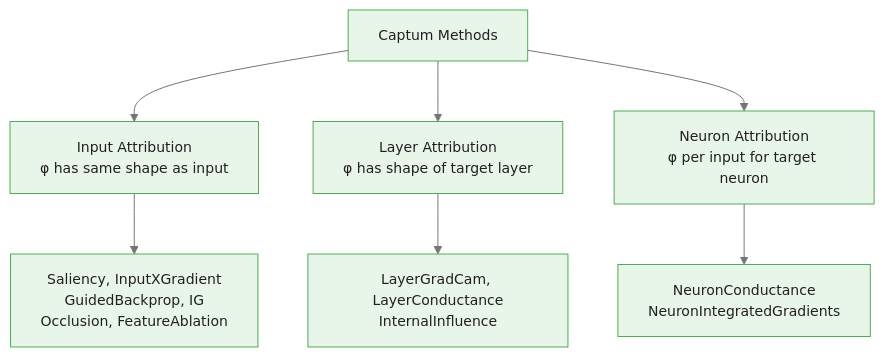
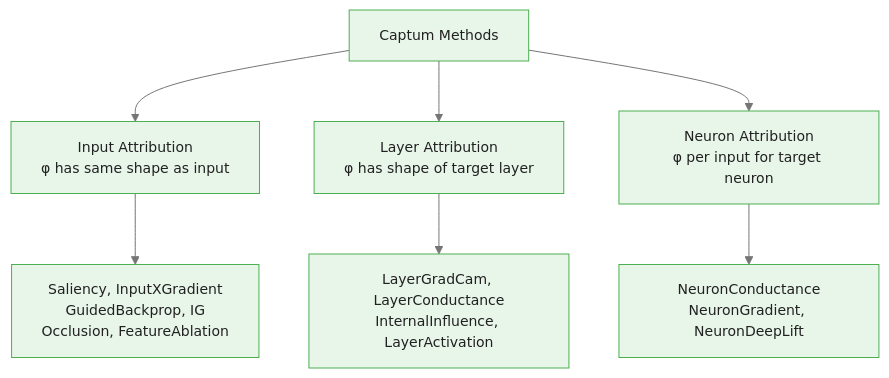
The first of 3 diagrams in courses/captum-neural-network-interpretability/modules/module_00_foundations/guides/03_captum_overview_slides.md (m-deane/course-creator), drawn with Mermaid before and after one commit. The commit also changed 73 other files, not shown here.

````diff
--- a/courses/captum-neural-network-interpretability/modules/module_00_foundations/guides/03_captum_overview_slides.md
+++ b/courses/captum-neural-network-interpretability/modules/module_00_foundations/guides/03_captum_overview_slides.md
@@ -102,11 +102,11 @@
 ```mermaid
 %%{init: {"theme": "base", "themeVariables": {"primaryColor": "#e8f5e9", "primaryBorderColor": "#4caf50", "primaryTextColor": "#212121", "secondaryColor": "#e3f2fd", "tertiaryColor": "#fff8e1", "lineColor": "#757575", "fontFamily": "Inter, sans-serif", "fontSize": "14px"}}}%%
 graph TD
     A[Captum Methods] --> B[Input Attribution<br/>φ has same shape as input]
     A --> C[Layer Attribution<br/>φ has shape of target layer]
     A --> D[Neuron Attribution<br/>φ per input for target neuron]
 
     B --> B1[Saliency, InputXGradient<br/>GuidedBackprop, IG<br/>Occlusion, FeatureAblation]
-    C --> C1[LayerGradCam, LayerConductance<br/>InternalInfluence]
-    D --> D1[NeuronConductance<br/>NeuronIntegratedGradients]
+    C --> C1[LayerGradCam, LayerConductance<br/>InternalInfluence, LayerActivation]
+    D --> D1[NeuronConductance<br/>NeuronGradient, NeuronDeepLift]
 ```
````
